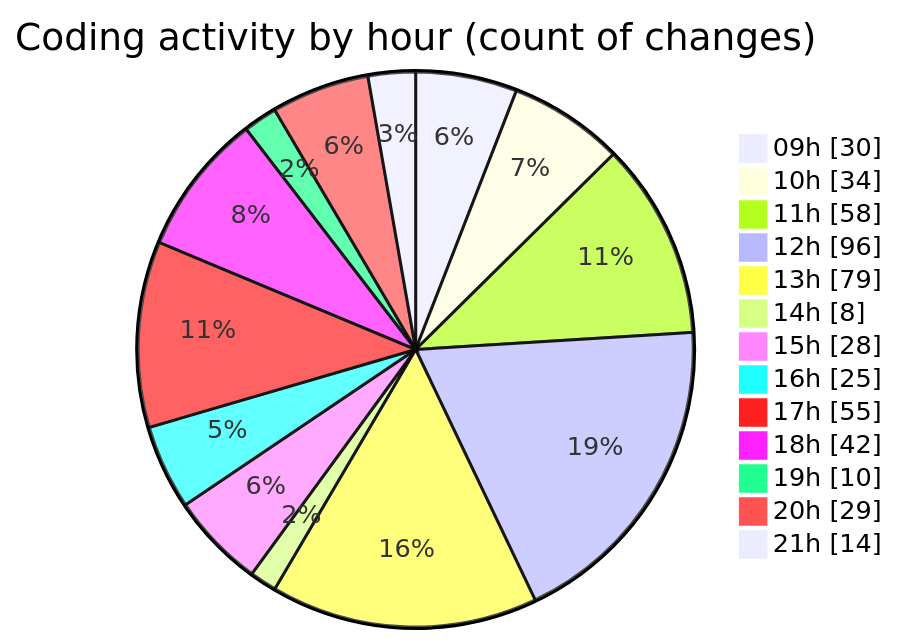
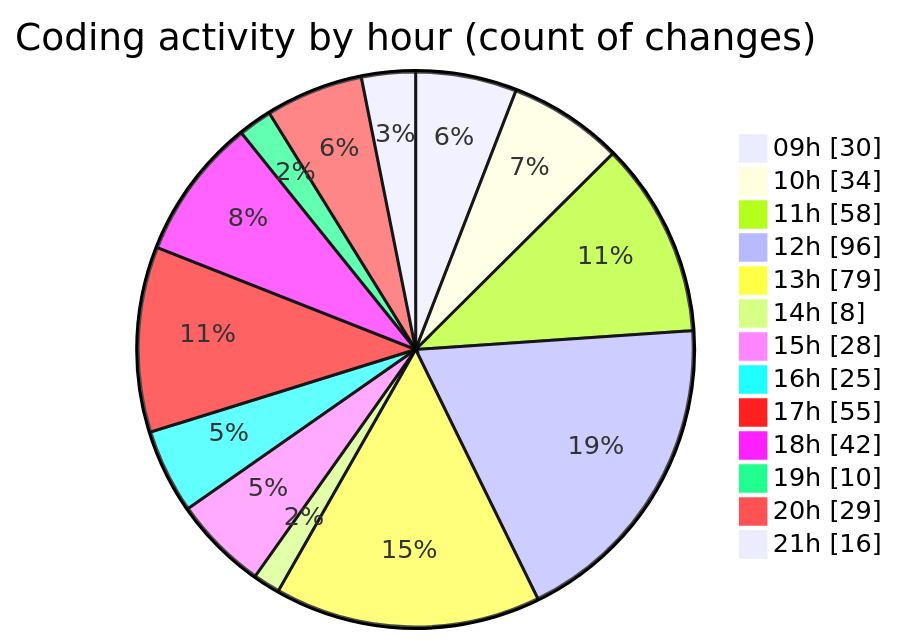
The second of 2 diagrams in 2025-04-02/cda/README.md (momahboobian/code-tracking), drawn with Mermaid before and after one commit. The commit also changed other lines of this file and 1 other file, not shown here.

````diff
--- a/2025-04-02/cda/README.md
+++ b/2025-04-02/cda/README.md
@@ -40,17 +40,17 @@
 ```mermaid
 pie showData
 title Coding activity by hour (count of changes)
 "09h" : 30
 "10h" : 34
 "11h" : 58
 "12h" : 96
 "13h" : 79
 "14h" : 8
 "15h" : 28
 "16h" : 25
 "17h" : 55
 "18h" : 42
 "19h" : 10
 "20h" : 29
-"21h" : 14
+"21h" : 16
 ```
````
